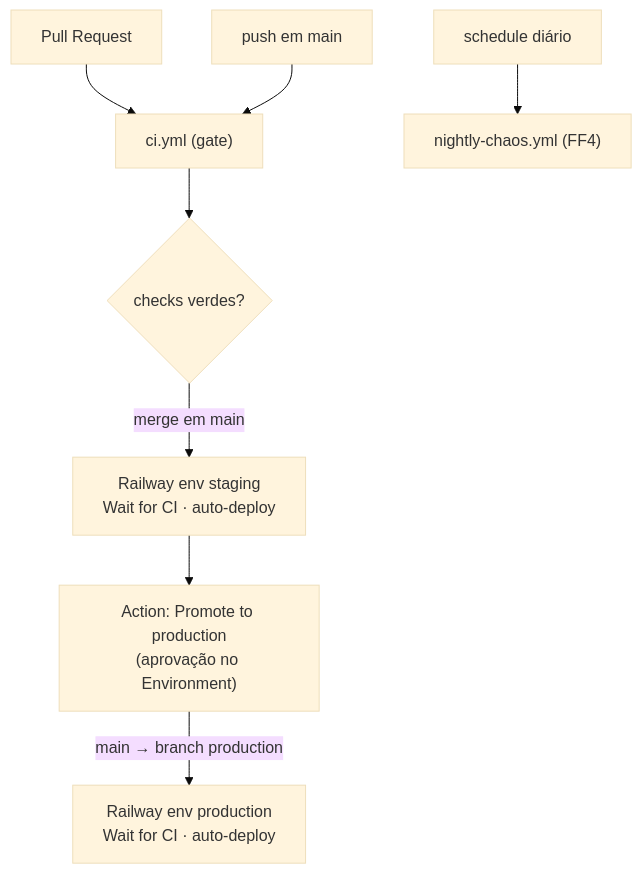
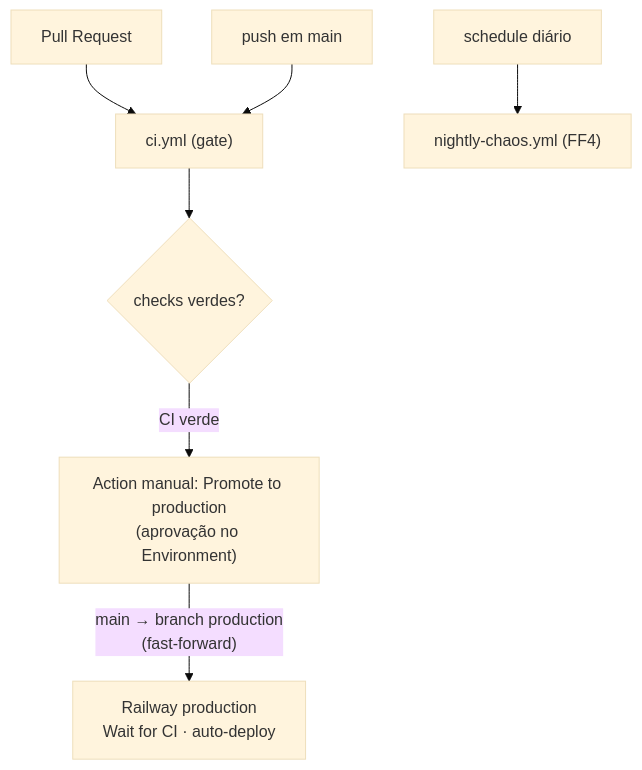
One commit to lennonconstantino/erp_estoque_loja_celular_v1 changed the diagram in docs/setup/cicd.md. Above: the diagram before and after it, drawn with Mermaid (base theme). The commit also changed other lines of this file, not shown here.

First line of the commit message:
docs(cicd): simplifica modelo — branch production, sem staging

````diff
--- a/docs/setup/cicd.md
+++ b/docs/setup/cicd.md
@@ -9,10 +9,9 @@
 ```mermaid
 flowchart TD
     PR["Pull Request"] --> CI["ci.yml (gate)"]
     push["push em main"] --> CI
     CI --> green{"checks verdes?"}
-    green -->|"merge em main"| stg["Railway env staging<br/>Wait for CI · auto-deploy"]
-    stg --> promote["Action: Promote to production<br/>(aprovação no Environment)"]
-    promote -->|"main → branch production"| prod["Railway env production<br/>Wait for CI · auto-deploy"]
+    green -->|"CI verde"| promote["Action manual: Promote to production\n(aprovação no Environment)"]
+    promote -->|"main → branch production\n(fast-forward)"| prod["Railway production\nWait for CI · auto-deploy"]
     cron["schedule diário"] --> chaos["nightly-chaos.yml (FF4)"]
 ```
````
